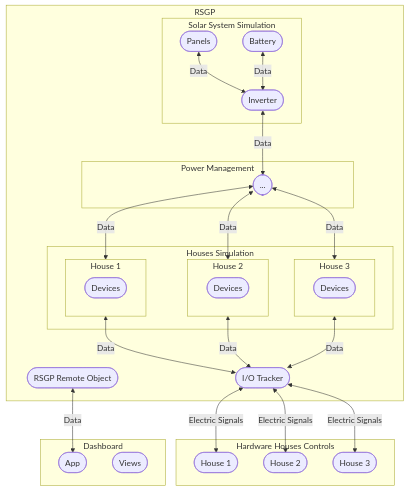
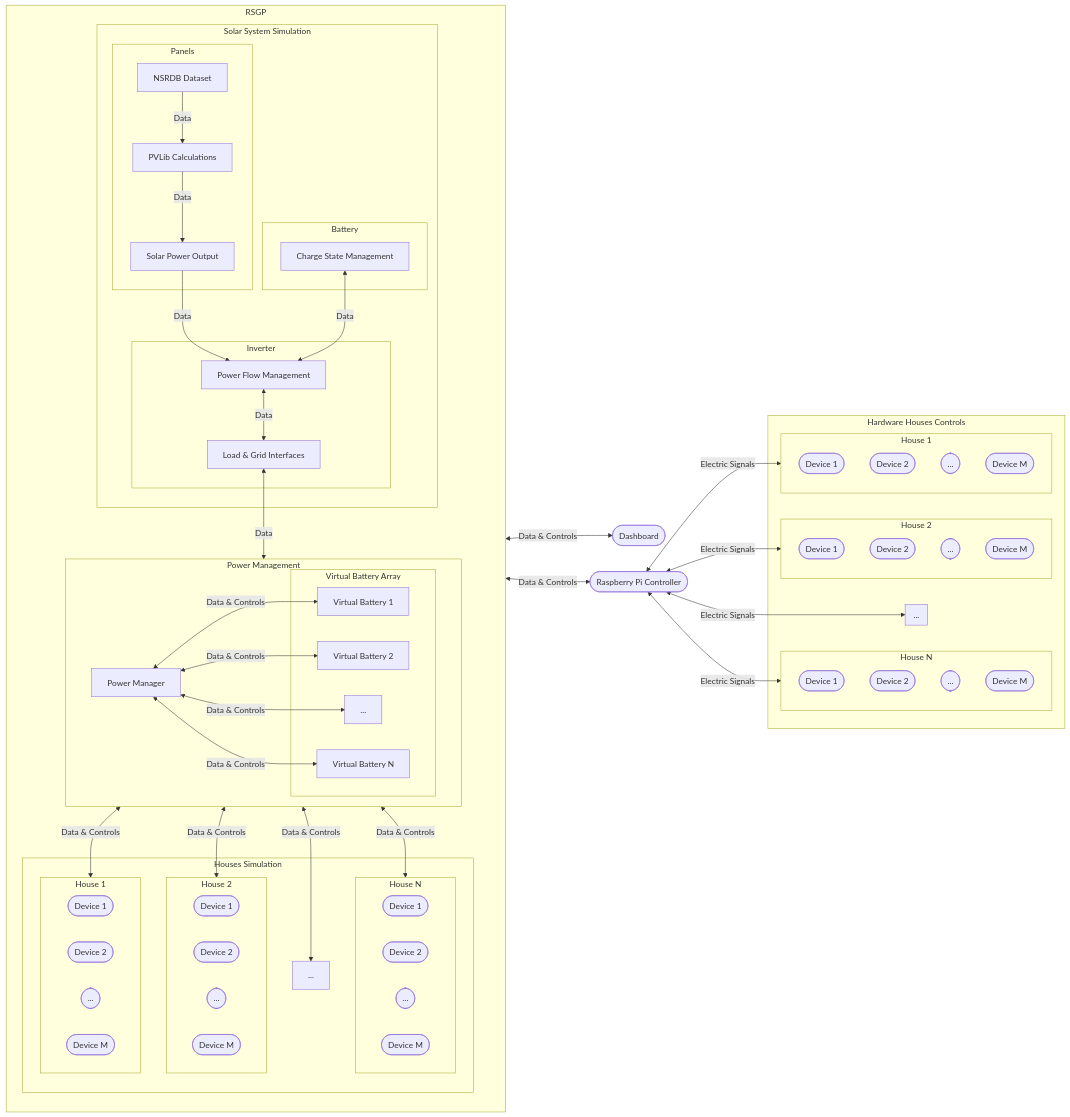
Before and after one commit to ezAldinWaez/residential-smart-grid-prototype: the second of 2 diagrams in README.md, drawn with Mermaid. The commit also changed other lines of this file, not shown here.

````diff
--- a/README.md
+++ b/README.md
@@ -59,43 +48,81 @@
 ```mermaid
-graph TB
-
+graph LR
+  subgraph RSGP[RSGP]
+    subgraph RSGP_SSS[Solar System Simulation]
+      subgraph RSGP_SSS_P[Panels]
+        RSGP_SSS_P_D[NSRDB Dataset]
+        RSGP_SSS_P_C[PVLib Calculations]
+        RSGP_SSS_P_O[Solar Power Output]
+      end
+      subgraph RSGP_SSS_B[Battery]
+        RSGP_SSS_B_M[Charge State Management]
+      end
+      subgraph RSGP_SSS_I[Inverter]
+        RSGP_SSS_I_M[Power Flow Management] 
+        RSGP_SSS_I_LG[Load & Grid Interfaces]
+      end
+    end
+    subgraph RSGP_PM[Power Management]
+      RSGP_PMnger[Power Manager]
+      subgraph RSGP_PM_VBA[Virtual Battery Array]
+        RSGP_PM_VB1[Virtual Battery 1]
+        RSGP_PM_VB2[Virtual Battery 2]
+        RSGP_PM_VBK[...]
+        RSGP_PM_VBN[Virtual Battery N]
+      end
+    end
+    subgraph RSGP_HS[Houses Simulation]
+      subgraph RSGP_HS_HN[House N]
+        RSGP_HS_H3_D1([Device 1])
+        RSGP_HS_H3_D2([Device 2])
+        RSGP_HS_H3_DK([...])
+        RSGP_HS_H3_DM([Device M])
+      end
+      RSGP_HS_HK[...]
+      subgraph RSGP_HS_H2[House 2]
+        RSGP_HS_H2_D1([Device 1])
+        RSGP_HS_H2_D2([Device 2])
+        RSGP_HS_H2_DK([...])
+        RSGP_HS_H2_DM([Device M])
+      end
+      subgraph RSGP_HS_H1[House 1]
+        RSGP_HS_H1_D1([Device 1])
+        RSGP_HS_H1_D2([Device 2])
+        RSGP_HS_H1_DK([...])
+        RSGP_HS_H1_DM([Device M])
+      end
+    end
+  end
+  D([Dashboard])
+  RC([Raspberry Pi Controller])
   subgraph HHC[Hardware Houses Controls]
-    HHC_H1([House 1])
-    HHC_H2([House 2])
-    HHC_H3([House 3])
+    subgraph HHC_HN[House N]
+      HHC_HN_D1([Device 1])
+      HHC_HN_D2([Device 2])
+      HHC_HN_DK([...])
+      HHC_HN_DM([Device M])
+    end
+    subgraph HHC_HK[...]
+    end
+    subgraph HHC_H2[House 2]
+      HHC_H2_D1([Device 1])
+      HHC_H2_D2([Device 2])
+      HHC_H2_DK([...])
+      HHC_H2_DM([Device M])
+    end
+    subgraph HHC_H1[House 1]
+      HHC_H1_D1([Device 1])
+      HHC_H1_D2([Device 2])
+      HHC_H1_DK([...])
+      HHC_H1_DM([Device M])
+    end
   end
 
-  subgraph RSGP[RSGP]
-    subgraph RSGP_SSS[Solar System Simulation]
-      RSGP_SSS_I([Inverter])
-      RSGP_SSS_B([Battery])
-      RSGP_SSS_P([Panels])
-    end
-    subgraph RSGP_PM[Power Management]
-      RSGP_PM_([...])
-    end
-    subgraph RSGP_HS[Houses Simulation]
-      subgraph RSGP_HS_H1[House 1]
-        RSGP_HS_H1_D([Devices])
-      end
-      subgraph RSGP_HS_H2[House 2]
-        RSGP_HS_H2_D([Devices])
-      end
-      subgraph RSGP_HS_H3[House 3]
-        RSGP_HS_H3_D([Devices])
-      end
-    end
-    RSGP_IOT([I/O Tracker])
-    RSGP_RO([RSGP Remote Object])
-  end
-
-  subgraph D[Dashboard]
-    D_A([App])
-    D_V([Views])
-  end
-
-  RSGP_SSS_P & RSGP_SSS_B <--Data--> RSGP_SSS_I
-  RSGP_SSS_I <--Data--> RSGP_PM_ <--Data--> RSGP_HS_H1 & RSGP_HS_H2 & RSGP_HS_H3
-  RSGP_HS_H1 & RSGP_HS_H2 & RSGP_HS_H3 <--Data--> RSGP_IOT <--Electric Signals--> HHC_H1 & HHC_H2 & HHC_H3
-  RSGP_RO <--Data--> D_A
+  RSGP_SSS_P_D --Data--> RSGP_SSS_P_C --Data--> RSGP_SSS_P_O --Data--> RSGP_SSS_I_M
+  RSGP_SSS_B_M <--Data--> RSGP_SSS_I_M <--Data--> RSGP_SSS_I_LG
+  RSGP_SSS_I_LG <--Data--> RSGP_PM
+  RSGP_PMnger <--Data & Controls--> RSGP_PM_VB1 & RSGP_PM_VB2 & RSGP_PM_VBK & RSGP_PM_VBN
+  RSGP_PM <--Data & Controls--> RSGP_HS_H1 & RSGP_HS_H2 & RSGP_HS_HK & RSGP_HS_HN
+  RSGP <--Data & Controls--> D & RC
+  RC <--Electric Signals--> HHC_H1 & HHC_H2 & HHC_HK & HHC_HN
 ```
````
